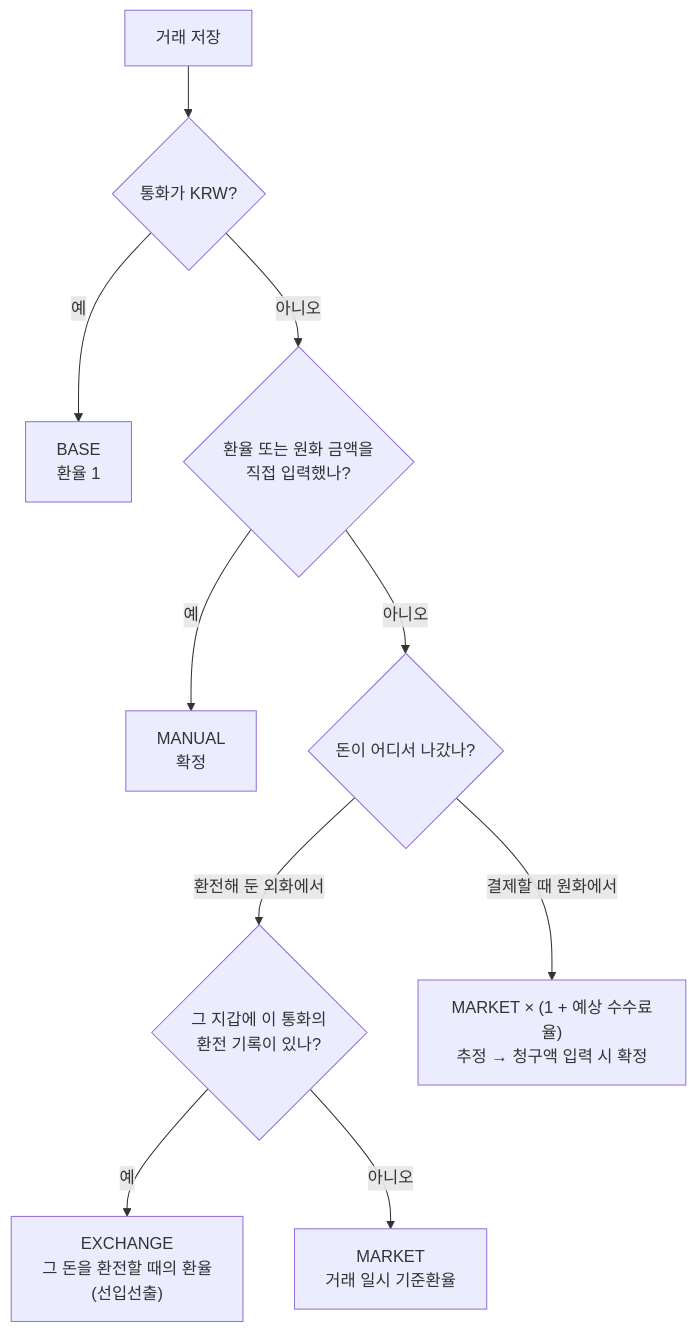
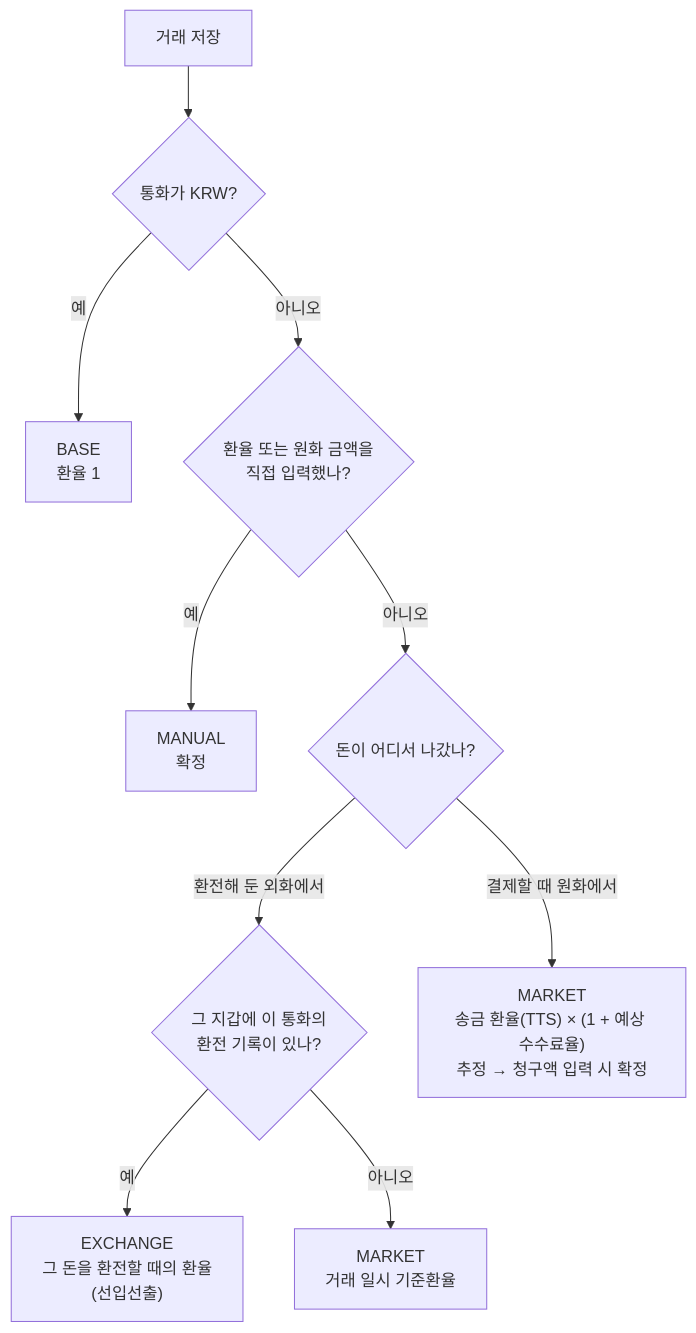
The diagram in docs/02-implementation-variables.md (Xeoyeon/tradger), drawn with Mermaid before and after one commit. The commit also changed other lines of this file and 1 other file, not shown here.

````diff
--- a/docs/02-implementation-variables.md
+++ b/docs/02-implementation-variables.md
@@ -138,12 +138,12 @@
 ```mermaid
 flowchart TD
   S["거래 저장"] --> K{"통화가 KRW?"}
   K -- "예" --> B["BASE<br/>환율 1"]
   K -- "아니오" --> M{"환율 또는 원화 금액을<br/>직접 입력했나?"}
   M -- "예" --> MA["MANUAL<br/>확정"]
   M -- "아니오" --> W{"돈이 어디서 나갔나?"}
   W -- "환전해 둔 외화에서" --> E{"그 지갑에 이 통화의<br/>환전 기록이 있나?"}
   E -- "예" --> EX["EXCHANGE<br/>그 돈을 환전할 때의 환율<br/>(선입선출)"]
   E -- "아니오" --> MK["MARKET<br/>거래 일시 기준환율"]
-  W -- "결제할 때 원화에서" --> MC["MARKET × (1 + 예상 수수료율)<br/>추정 → 청구액 입력 시 확정"]
+  W -- "결제할 때 원화에서" --> MC["MARKET<br/>송금 환율(TTS) × (1 + 예상 수수료율)<br/>추정 → 청구액 입력 시 확정"]
 ```
````
